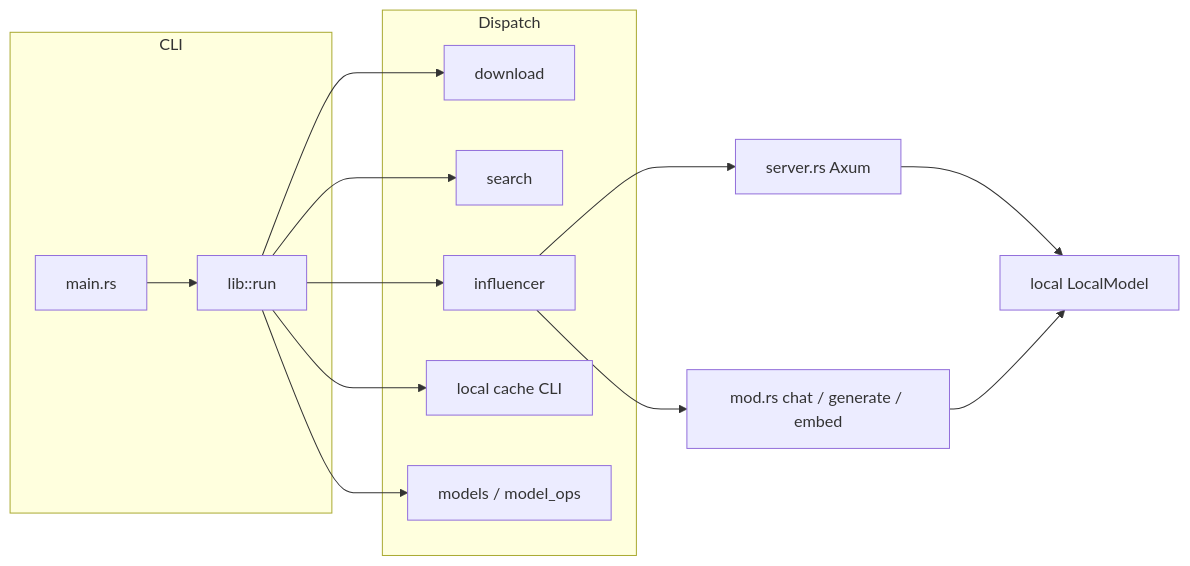
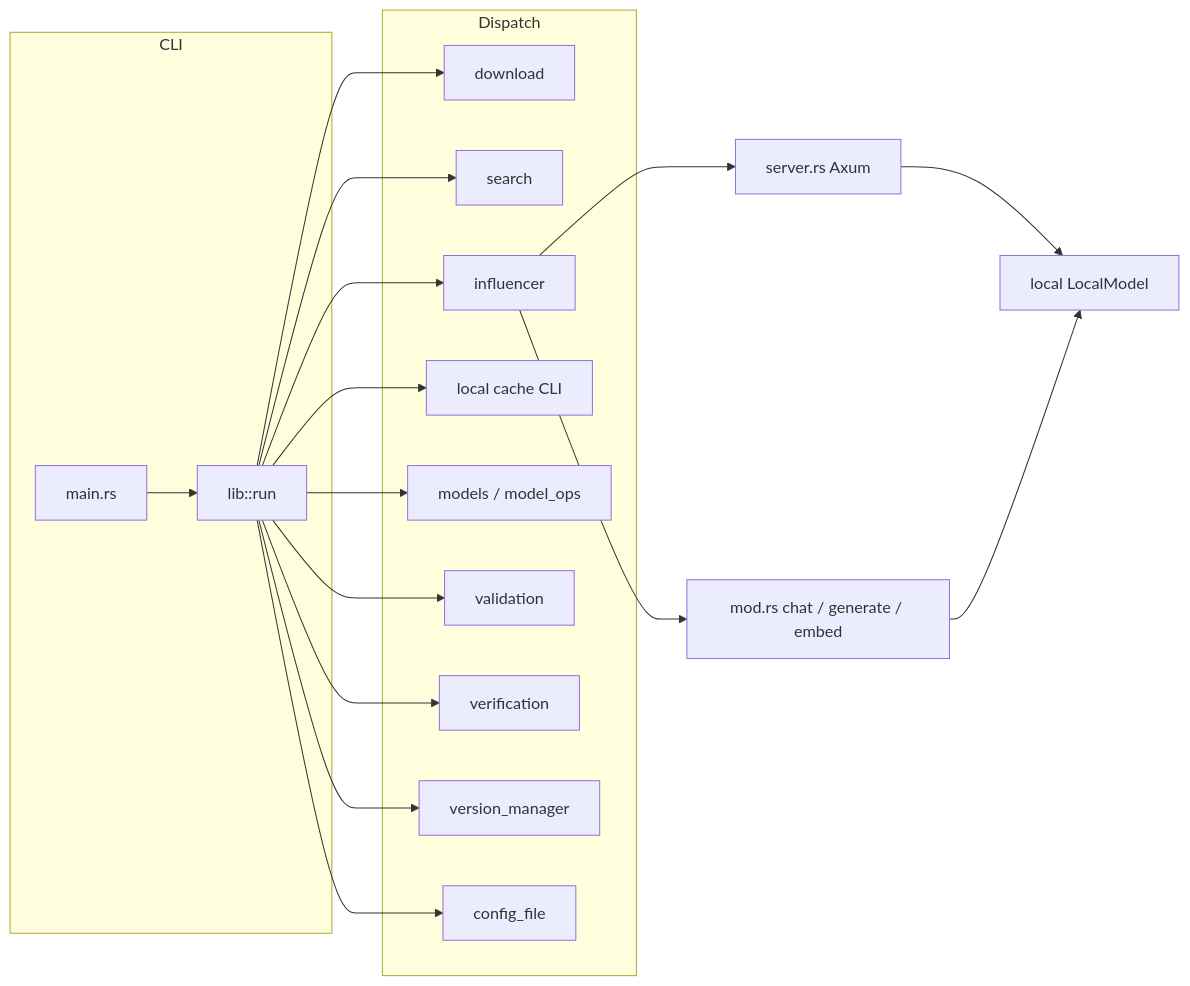
Before and after one commit to yingkitw/model-rs: the diagram in ARCHITECTURE.md, drawn with Mermaid. The commit also changed other lines of this file and 136 other files, not shown here.

````diff
--- a/ARCHITECTURE.md
+++ b/ARCHITECTURE.md
@@ -22,19 +26,23 @@
 ```mermaid
 flowchart LR
   subgraph cli [CLI]
     main[main.rs]
     run[lib::run]
     main --> run
   end
   subgraph dispatch [Dispatch]
     run --> download[download]
     run --> search[search]
     run --> influencer[influencer]
     run --> local[local cache CLI]
     run --> models[models / model_ops]
+    run --> validation[validation]
+    run --> verification[verification]
+    run --> versions[version_manager]
+    run --> config[config_file]
   end
   influencer --> server[server.rs Axum]
   influencer --> chat[mod.rs chat / generate / embed]
   server --> local2[local LocalModel]
   chat --> local2
 ```
````
